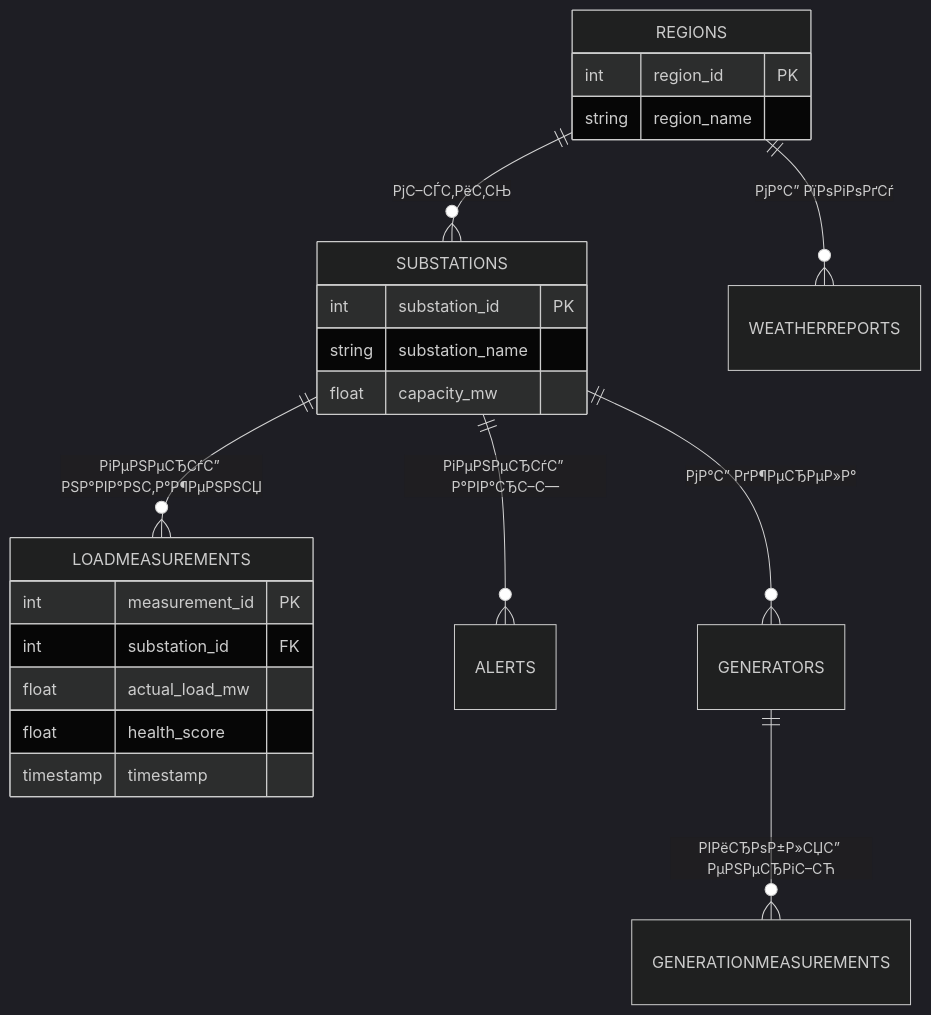
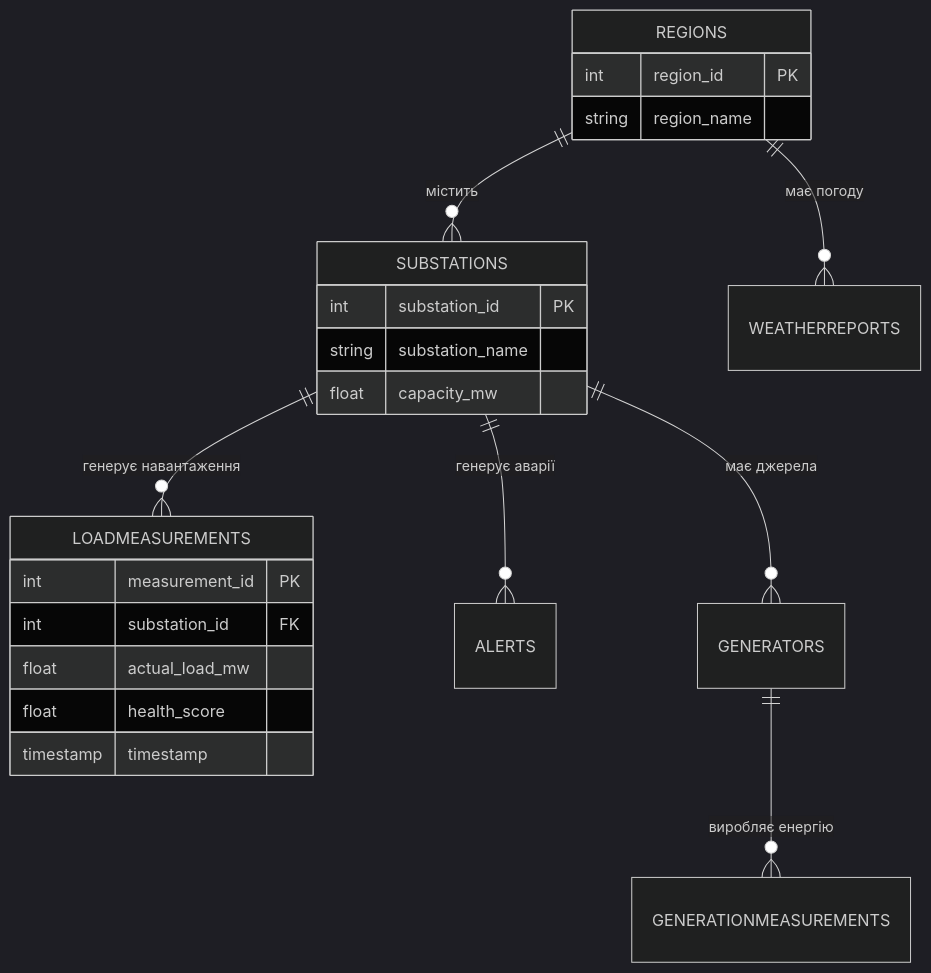
The third of 4 diagrams in docs/thesis/THESIS_3_DESIGN_AND_IMPLEMENTATION_EXPANDED.md (Lutvunenko-Dmutro/EnergyMonitor-OLAP), drawn with Mermaid (dark theme) before and after one commit. The commit also changed other lines of this file and 10 other files, not shown here.

````diff
--- a/docs/thesis/THESIS_3_DESIGN_AND_IMPLEMENTATION_EXPANDED.md
+++ b/docs/thesis/THESIS_3_DESIGN_AND_IMPLEMENTATION_EXPANDED.md
@@ -105,26 +105,26 @@
 ```mermaid
 erDiagram
-    REGIONS ||--o{ SUBSTATIONS : "РјС–СЃС‚РёС‚СЊ"
-    SUBSTATIONS ||--o{ LOADMEASUREMENTS : "РіРµРЅРµСЂСѓС” РЅР°РІР°РЅС‚Р°Р¶РµРЅРЅСЏ"
-    SUBSTATIONS ||--o{ ALERTS : "РіРµРЅРµСЂСѓС” Р°РІР°СЂС–С—"
-    SUBSTATIONS ||--o{ GENERATORS : "РјР°С” РґР¶РµСЂРµР»Р°"
-    GENERATORS ||--o{ GENERATIONMEASUREMENTS : "РІРёСЂРѕР±Р»СЏС” РµРЅРµСЂРіС–СЋ"
-    REGIONS ||--o{ WEATHERREPORTS : "РјР°С” РїРѕРіРѕРґСѓ"
+    REGIONS ||--o{ SUBSTATIONS : "містить"
+    SUBSTATIONS ||--o{ LOADMEASUREMENTS : "генерує навантаження"
+    SUBSTATIONS ||--o{ ALERTS : "генерує аварії"
+    SUBSTATIONS ||--o{ GENERATORS : "має джерела"
+    GENERATORS ||--o{ GENERATIONMEASUREMENTS : "виробляє енергію"
+    REGIONS ||--o{ WEATHERREPORTS : "має погоду"
 
     REGIONS {
         int region_id PK
         string region_name
     }
     SUBSTATIONS {
         int substation_id PK
         string substation_name
         float capacity_mw
     }
     LOADMEASUREMENTS {
         int measurement_id PK
         int substation_id FK
         float actual_load_mw
         float health_score
         timestamp timestamp
     }
 ```
````
